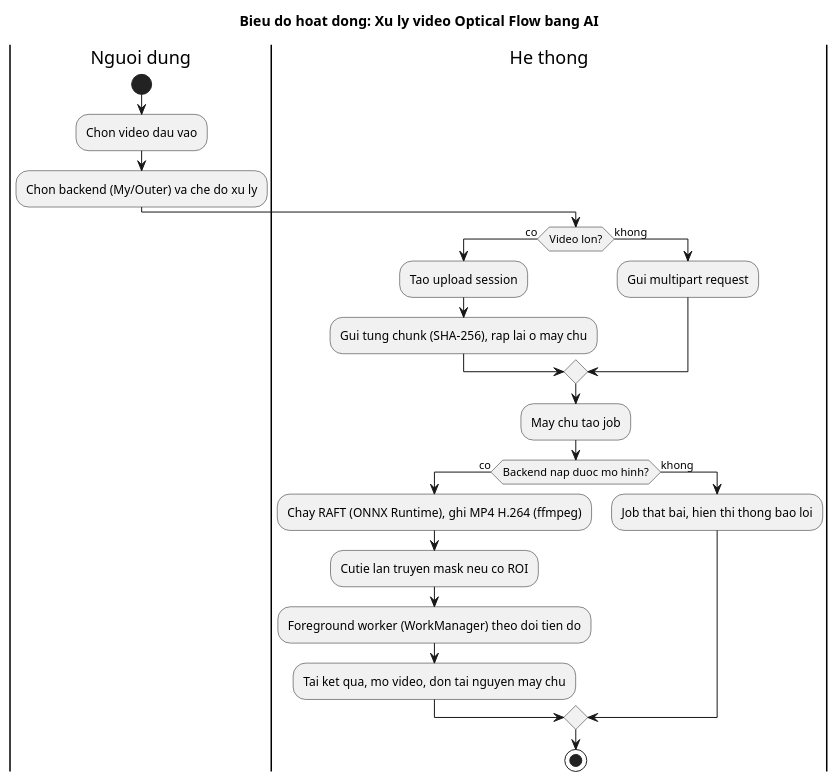
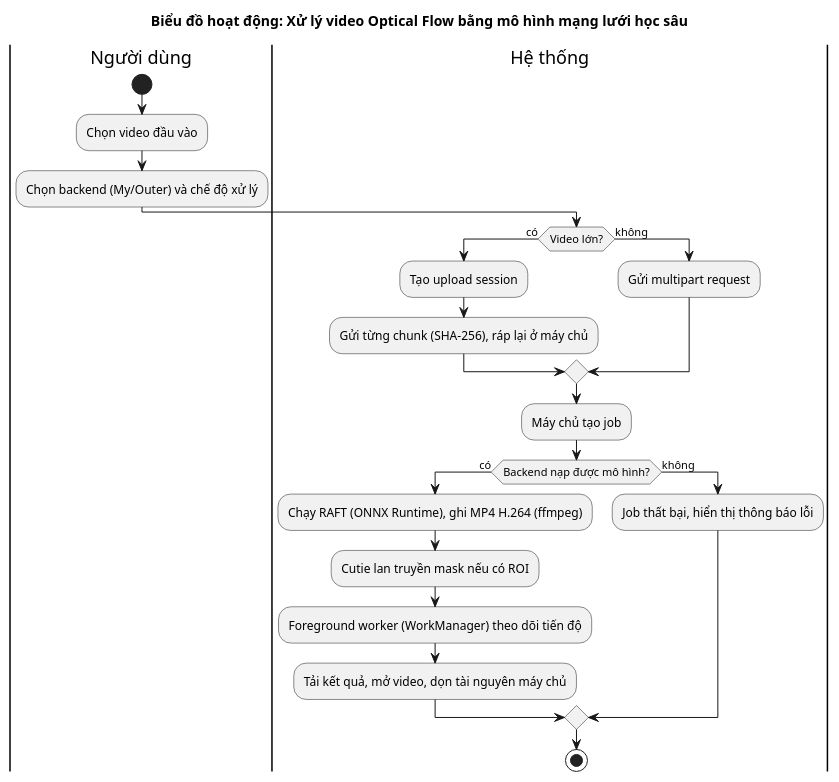
The diagram in PlantUML/xu_ly_video_ai_activity.puml (thanhmobile080604/My-Thesis-Latex), drawn with PlantUML before and after one commit. The commit also changed 47 other files, not shown here.

```diff
--- a/PlantUML/xu_ly_video_ai_activity.puml
+++ b/PlantUML/xu_ly_video_ai_activity.puml
@@ -1,27 +1,27 @@
 @startuml activity_xu_ly_video_ai
-' Render: tao anh figures/activity_xu_ly_video_ai.png cho muc 2.3.5
+' Render: tạo ảnh figures/activity_xu_ly_video_ai.png cho mục 2.3.5
 skinparam defaultFontName "Times New Roman"
-title Bieu do hoat dong: Xu ly video Optical Flow bang AI
+title Biểu đồ hoạt động: Xử lý video Optical Flow bằng mô hình mạng lưới học sâu
 
-|Nguoi dung|
+|Người dùng|
 start
-:Chon video dau vao;
-:Chon backend (My/Outer) va che do xu ly;
-|He thong|
-if (Video lon?) then (co)
-  :Tao upload session;
-  :Gui tung chunk (SHA-256), rap lai o may chu;
-else (khong)
-  :Gui multipart request;
+:Chọn video đầu vào;
+:Chọn backend (My/Outer) và chế độ xử lý;
+|Hệ thống|
+if (Video lớn?) then (có)
+  :Tạo upload session;
+  :Gửi từng chunk (SHA-256), ráp lại ở máy chủ;
+else (không)
+  :Gửi multipart request;
 endif
-:May chu tao job;
-if (Backend nap duoc mo hinh?) then (co)
-  :Chay RAFT (ONNX Runtime), ghi MP4 H.264 (ffmpeg);
-  :Cutie lan truyen mask neu co ROI;
-  :Foreground worker (WorkManager) theo doi tien do;
-  :Tai ket qua, mo video, don tai nguyen may chu;
-else (khong)
-  :Job that bai, hien thi thong bao loi;
+:Máy chủ tạo job;
+if (Backend nạp được mô hình?) then (có)
+  :Chạy RAFT (ONNX Runtime), ghi MP4 H.264 (ffmpeg);
+  :Cutie lan truyền mask nếu có ROI;
+  :Foreground worker (WorkManager) theo dõi tiến độ;
+  :Tải kết quả, mở video, dọn tài nguyên máy chủ;
+else (không)
+  :Job thất bại, hiển thị thông báo lỗi;
 endif
 stop
 @enduml
```
